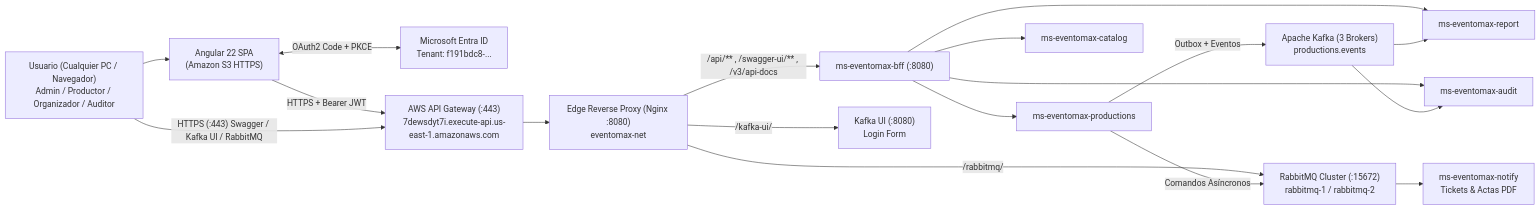
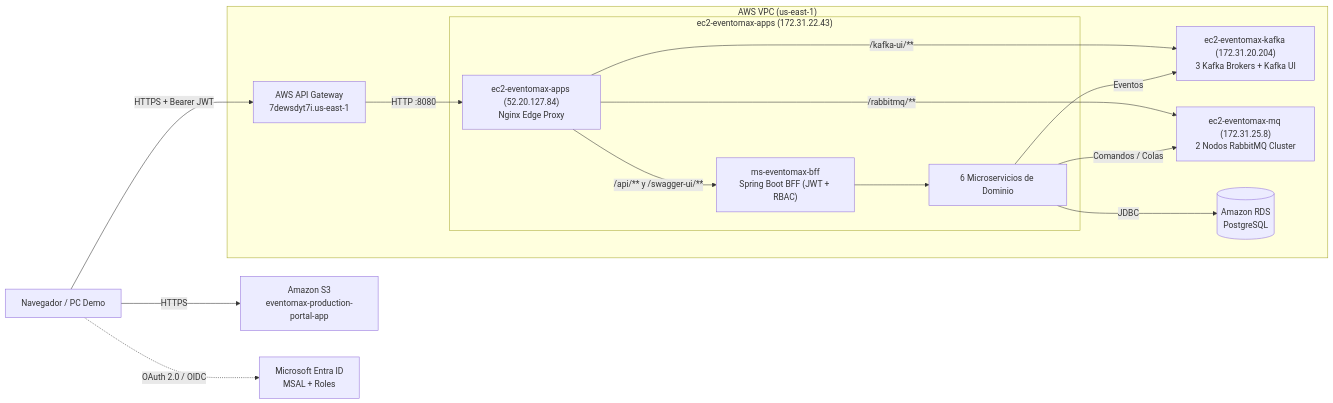
One commit to Nachovn12/frontend-eventomax changed the diagram in README.md. Above: the diagram before and after it, drawn with Mermaid. The commit also changed other lines of this file and 1 other file, not shown here.

Commit message:
docs(readme): add executive demo README with banner, tech stack logos and live AWS links

````diff
--- a/README.md
+++ b/README.md
@@ -26,22 +119,22 @@
 ```mermaid
 flowchart LR
-    USER["Usuario (Cualquier PC / Navegador)<br/>Admin / Productor / Organizador / Auditor"] --> SPA["Angular 22 SPA<br/>(Amazon S3 HTTPS)"]
-    SPA <-->|"OAuth2 Code + PKCE"| ENTRA["Microsoft Entra ID<br/>Tenant: f191bdc8-..."]
-    SPA -->|"HTTPS + Bearer JWT"| APIGW["AWS API Gateway (:443)<br/>7dewsdyt7i.execute-api.us-east-1.amazonaws.com"]
-    USER -->|"HTTPS (:443) Swagger / Kafka UI / RabbitMQ"| APIGW
+    User["Navegador / PC Demo"] -->|HTTPS| S3["Amazon S3<br/>eventomax-production-portal-app"]
+    User -->|HTTPS + Bearer JWT| APIGW["AWS API Gateway<br/>7dewsdyt7i.us-east-1"]
+    User -.->|OAuth 2.0 / OIDC| Entra["Microsoft Entra ID<br/>MSAL + Roles"]
 
-    APIGW --> PROXY["Edge Reverse Proxy (Nginx :8080)<br/>eventomax-net"]
-    PROXY -->|"/api/** , /swagger-ui/** , /v3/api-docs"| BFF["ms-eventomax-bff (:8080)"]
-    PROXY -->|"/kafka-ui/"| KUI["Kafka UI (:8080)<br/>Login Form"]
-    PROXY -->|"/rabbitmq/"| RMQ["RabbitMQ Cluster (:15672)<br/>rabbitmq-1 / rabbitmq-2"]
+    subgraph VPC["AWS VPC (us-east-1)"]
+        APIGW -->|HTTP :8080| Proxy["ec2-eventomax-apps (52.20.127.84)<br/>Nginx Edge Proxy"]
 
-    BFF --> PROD["ms-eventomax-productions"]
-    BFF --> CAT["ms-eventomax-catalog"]
-    BFF --> REP["ms-eventomax-report"]
-    BFF --> AUD["ms-eventomax-audit"]
-    PROD -->|"Outbox + Eventos"| KAFKA["Apache Kafka (3 Brokers)<br/>productions.events"]
-    PROD -->|"Comandos Asíncronos"| RMQ
-    RMQ --> NOTIFY["ms-eventomax-notify<br/>Tickets & Actas PDF"]
-    KAFKA --> REP
-    KAFKA --> AUD
+        subgraph AppsEC2["ec2-eventomax-apps (172.31.22.43)"]
+            Proxy -->|/api/** y /swagger-ui/**| BFF["ms-eventomax-bff<br/>Spring Boot BFF (JWT + RBAC)"]
+            BFF --> MS["6 Microservicios de Dominio"]
+        end
+
+        Proxy -->|/kafka-ui/**| KafkaNode["ec2-eventomax-kafka (172.31.20.204)<br/>3 Kafka Brokers + Kafka UI"]
+        Proxy -->|/rabbitmq/**| MQNode["ec2-eventomax-mq (172.31.25.8)<br/>2 Nodos RabbitMQ Cluster"]
+
+        MS -->|Eventos| KafkaNode
+        MS -->|Comandos / Colas| MQNode
+        MS -->|JDBC| RDS[("Amazon RDS<br/>PostgreSQL")]
+    end
 ```
````
